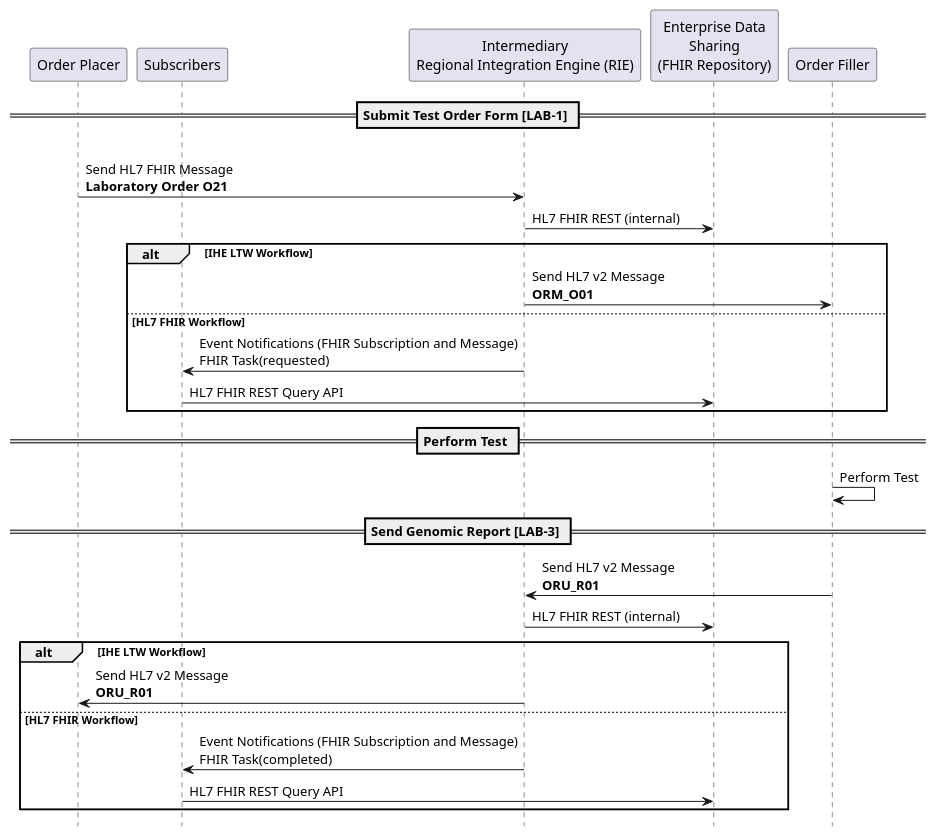
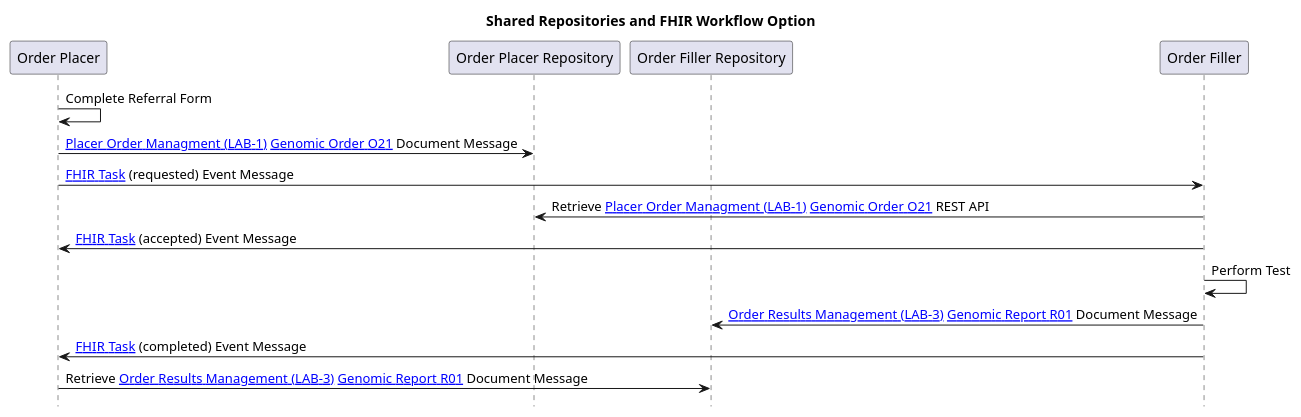
One commit to nw-gmsa/nw-gmsa.github.com changed the diagram in input/images-source/LTW-fhir-sequence.plantuml. Above: the diagram before and after it, drawn with PlantUML. The commit also changed 1 other file, not shown here.

Commit message:
Documentation of Lab Report options

```diff
--- a/input/images-source/LTW-fhir-sequence.plantuml
+++ b/input/images-source/LTW-fhir-sequence.plantuml
@@ -1,39 +1,26 @@
 @startuml
+
+title "Shared Repositories and FHIR Workflow Option"
 
 hide footbox
 
 participant "Order Placer" as EPR
-participant "Subscribers" as Subscribers
-participant "Intermediary\nRegional Integration Engine (RIE)" as TIE
-participant "Enterprise Data\nSharing\n(FHIR Repository)" as CDR
+participant "Order Placer Repository" as CDRO
+participant "Order Filler Repository" as CDRF
 participant "Order Filler" as LIMS
 
 
-== Submit Test Order Form [LAB-1] ==
+EPR -> EPR: Complete Referral Form
+EPR -> CDRO: [[LAB-1.html Placer Order Managment (LAB-1)]] [[DDD-TestOrder.html Genomic Order O21]] Document Message
+EPR -> LIMS: [[StructureDefinition-Task.html FHIR Task]] (requested) Event Message
+LIMS -> CDRO: Retrieve [[LAB-1.html Placer Order Managment (LAB-1)]] [[DDD-TestOrder.html Genomic Order O21]] REST API
+LIMS -> EPR: [[StructureDefinition-Task.html FHIR Task]] (accepted) Event Message
 
-EPR -> TIE: \nSend HL7 FHIR Message\n**Laboratory Order O21**
-TIE -> CDR: HL7 FHIR REST (internal)
-alt IHE LTW Workflow
-TIE -> LIMS: Send HL7 v2 Message\n**ORM_O01**
-else HL7 FHIR Workflow
-TIE -> Subscribers: Event Notifications (FHIR Subscription and Message)\nFHIR Task(requested)
-Subscribers -> CDR: HL7 FHIR REST Query API
-end
-
-== Perform Test ==
 
 LIMS -> LIMS: Perform Test
 
-== Send Genomic Report [LAB-3] ==
-
-LIMS -> TIE: Send HL7 v2 Message\n**ORU_R01**
-
-TIE -> CDR: HL7 FHIR REST (internal)
-alt IHE LTW Workflow
-TIE -> EPR: Send HL7 v2 Message\n**ORU_R01**
-else HL7 FHIR Workflow
-TIE -> Subscribers: Event Notifications (FHIR Subscription and Message)\nFHIR Task(completed)
-Subscribers -> CDR: HL7 FHIR REST Query API
-end
+LIMS -> CDRF: [[LAB-3.html Order Results Management (LAB-3)]] [[DDD-TestReport.html Genomic Report R01]] Document Message
+LIMS -> EPR: [[StructureDefinition-Task.html FHIR Task]] (completed) Event Message
+EPR -> CDRF: Retrieve [[LAB-3.html Order Results Management (LAB-3)]] [[DDD-TestReport.html Genomic Report R01]] Document Message
 
 @enduml
```
